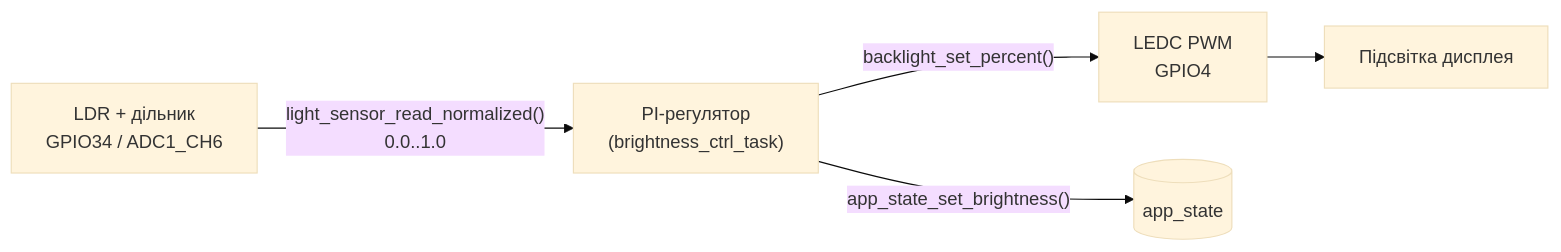
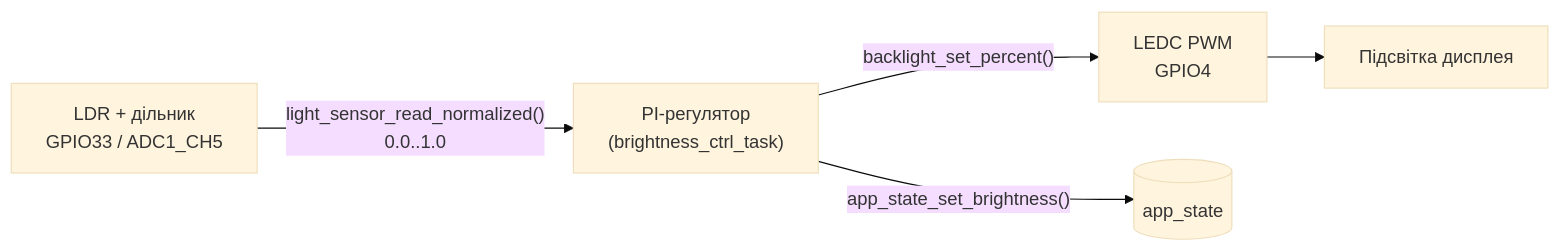
The third of 4 diagrams in docs/ARCHITECTURE.md (tepasha/alertinua), drawn with Mermaid (base theme) before and after one commit. The commit also changed other lines of this file and 25 other files, not shown here.

````diff
--- a/docs/ARCHITECTURE.md
+++ b/docs/ARCHITECTURE.md
@@ -106,7 +106,7 @@
 ```mermaid
 flowchart LR
-    LDR[LDR + дільник\nGPIO34 / ADC1_CH6] -->|"light_sensor_read_normalized()\n0.0..1.0"| CTRL
+    LDR[LDR + дільник\nGPIO33 / ADC1_CH5] -->|"light_sensor_read_normalized()\n0.0..1.0"| CTRL
     CTRL["PI-регулятор\n(brightness_ctrl_task)"] -->|"backlight_set_percent()"| PWM[LEDC PWM\nGPIO4]
     PWM --> BL[Підсвітка дисплея]
     CTRL -->|"app_state_set_brightness()"| STATE[(app_state)]
 ```
````
